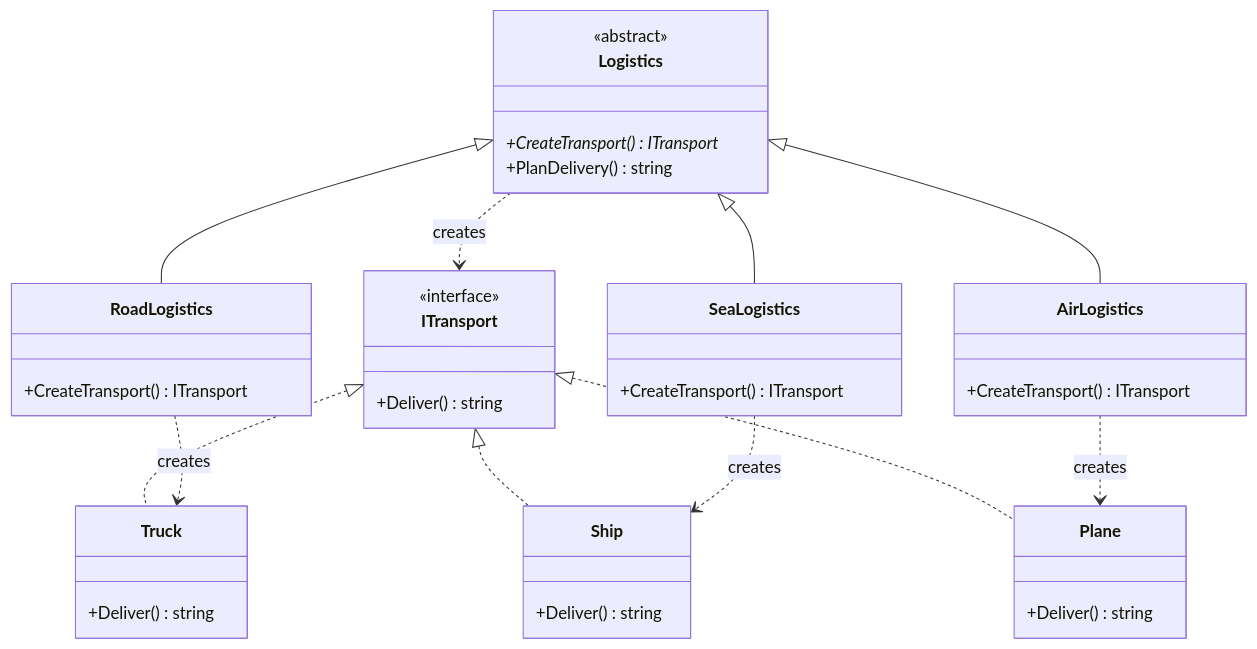
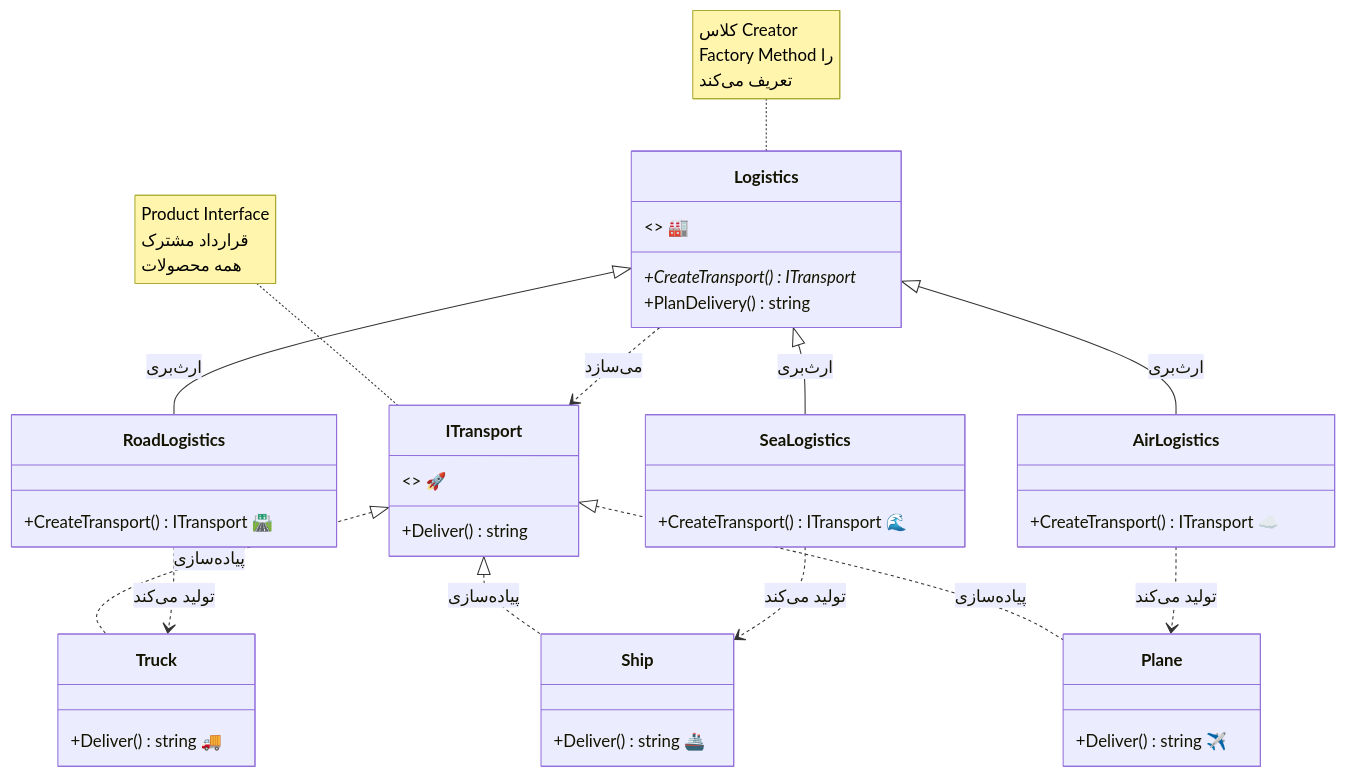
One commit to alireza-haeri/Persian-Design-Patterns changed the first of 2 diagrams in Factory-Method/README.md. Above: the diagram before and after it, drawn with Mermaid. The commit also changed other lines of this file and 1 other file, not shown here.

First line of the commit message:
✨ بهبود کامل Factory-Method و Adapter با کیفیت بالا

````diff
--- a/Factory-Method/README.md
+++ b/Factory-Method/README.md
@@ -25,50 +104,53 @@
 ```mermaid
 classDiagram
     class ITransport {
-        <<interface>>
+        <<interface>> 🚀
         +Deliver() string
     }
     
     class Truck {
-        +Deliver() string
+        +Deliver() string 🚚
     }
     
     class Ship {
-        +Deliver() string
+        +Deliver() string 🚢
     }
     
     class Plane {
-        +Deliver() string
+        +Deliver() string ✈️
     }
     
     class Logistics {
-        <<abstract>>
+        <<abstract>> 🏭
         +CreateTransport()* ITransport
         +PlanDelivery() string
     }
     
     class RoadLogistics {
-        +CreateTransport() ITransport
+        +CreateTransport() ITransport 🛣️
     }
     
     class SeaLogistics {
-        +CreateTransport() ITransport
+        +CreateTransport() ITransport 🌊
     }
     
     class AirLogistics {
-        +CreateTransport() ITransport
+        +CreateTransport() ITransport ☁️
     }
     
-    ITransport <|.. Truck
-    ITransport <|.. Ship
-    ITransport <|.. Plane
+    ITransport <|.. Truck : پیاده‌سازی
+    ITransport <|.. Ship : پیاده‌سازی
+    ITransport <|.. Plane : پیاده‌سازی
     
-    Logistics <|-- RoadLogistics
-    Logistics <|-- SeaLogistics
-    Logistics <|-- AirLogistics
+    Logistics <|-- RoadLogistics : ارث‌بری
+    Logistics <|-- SeaLogistics : ارث‌بری
+    Logistics <|-- AirLogistics : ارث‌بری
     
-    Logistics ..> ITransport : creates
-    RoadLogistics ..> Truck : creates
-    SeaLogistics ..> Ship : creates
-    AirLogistics ..> Plane : creates
+    Logistics ..> ITransport : می‌سازد
+    RoadLogistics ..> Truck : تولید می‌کند
+    SeaLogistics ..> Ship : تولید می‌کند
+    AirLogistics ..> Plane : تولید می‌کند
+    
+    note for Logistics "کلاس Creator<br/>Factory Method را<br/>تعریف می‌کند"
+    note for ITransport "Product Interface<br/>قرارداد مشترک<br/>همه محصولات"
 ```
````
